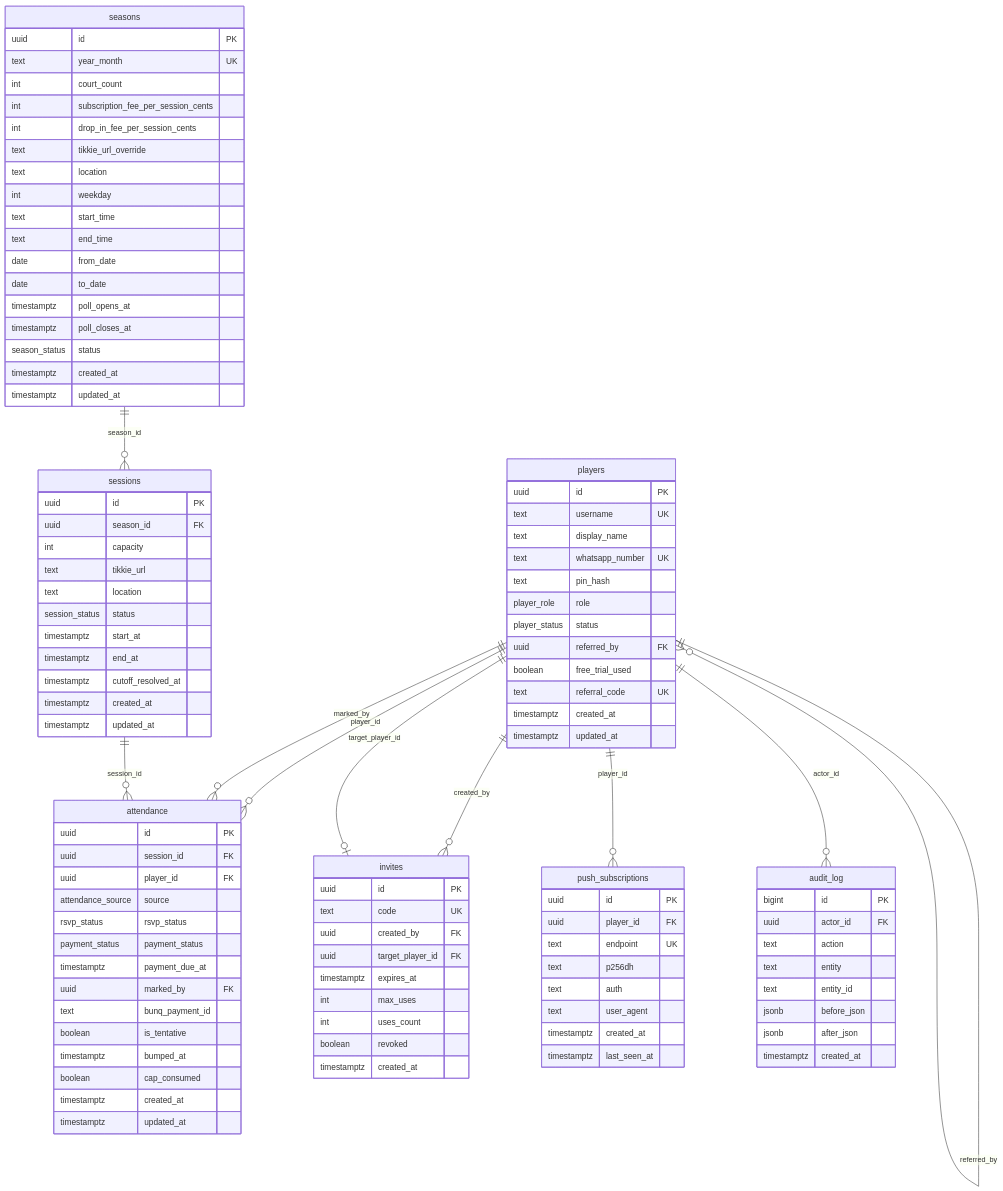
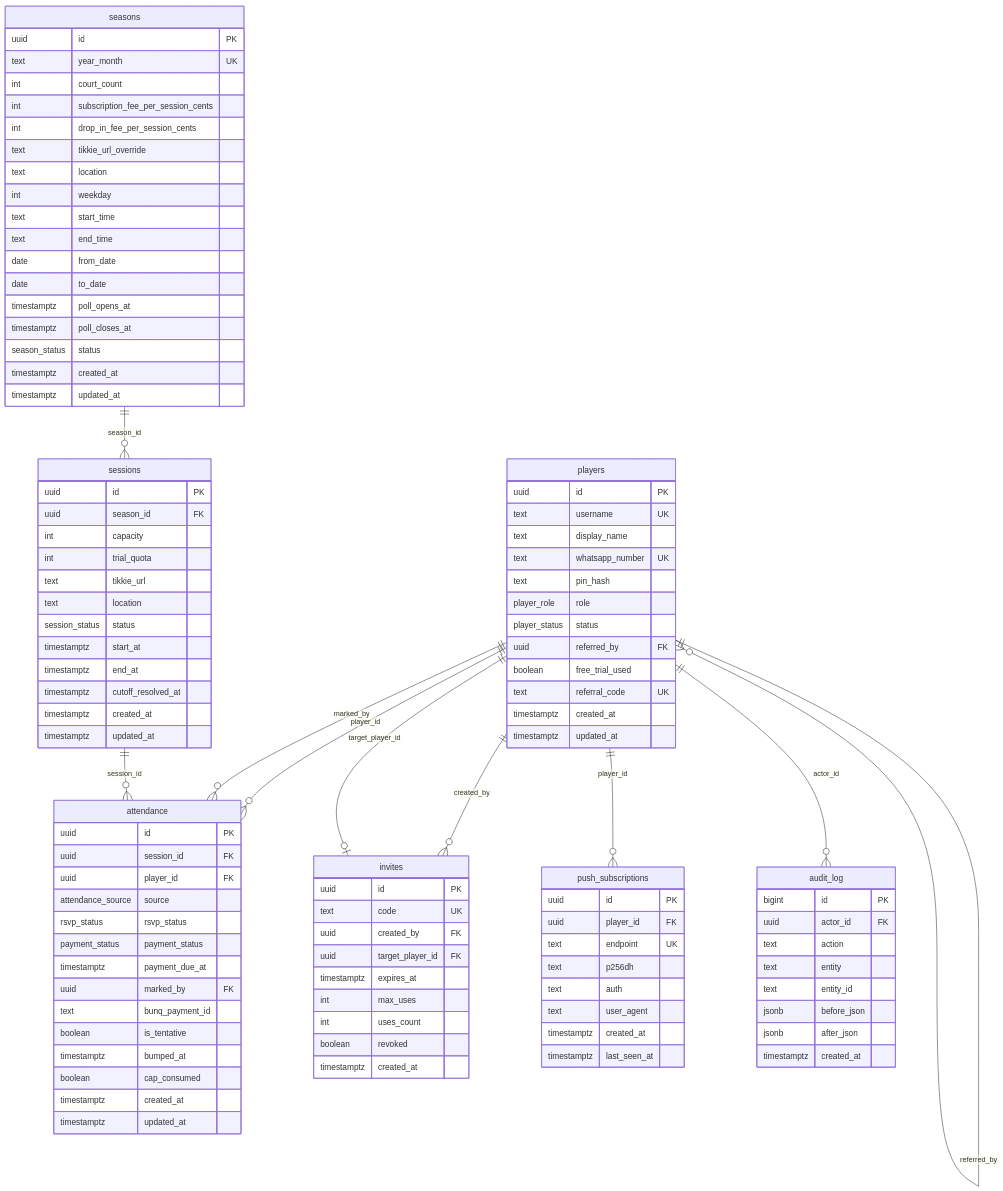
One commit to VN-AMS-Badminton/diemen-badminton-app changed the diagram in docs/database-schema.md. Above: the diagram before and after it, drawn with Mermaid. The commit also changed other lines of this file and 40 other files, not shown here.

```diff
--- a/docs/database-schema.md
+++ b/docs/database-schema.md
@@ -45,6 +45,7 @@
         uuid id PK
         uuid season_id FK
         int capacity
+        int trial_quota
         text tikkie_url
         text location
         session_status status
```
